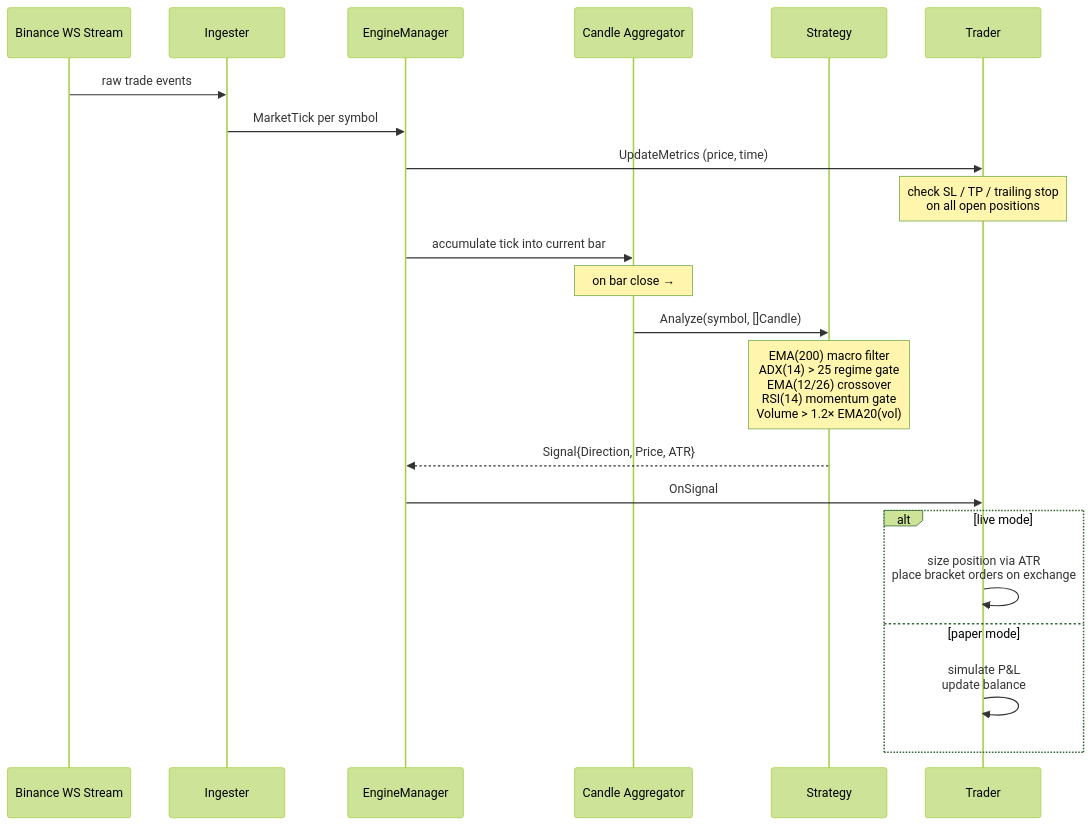
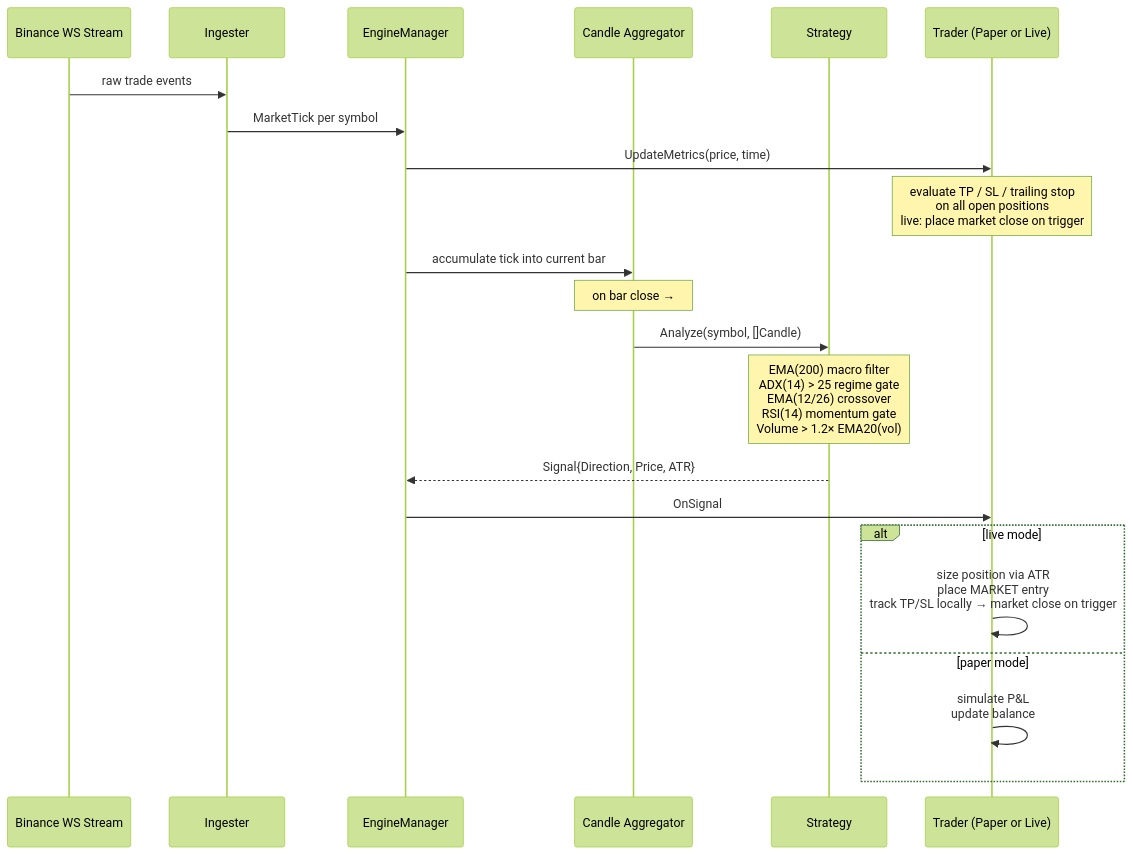
One commit to PapaDaCodr/kryptic-gopha changed the second of 2 diagrams in README.md. Above: the diagram before and after it, drawn with Mermaid (forest theme). The commit also changed other lines of this file and 10 other files, not shown here.

````diff
--- a/README.md
+++ b/README.md
@@ -42,30 +44,30 @@
 ```mermaid
 sequenceDiagram
     participant WS as Binance WS Stream
     participant IN as Ingester
     participant EM as EngineManager
     participant CA as Candle Aggregator
     participant ST as Strategy
-    participant TR as Trader
+    participant TR as Trader (Paper or Live)
 
     WS->>IN: raw trade events
     IN->>EM: MarketTick per symbol
 
-    EM->>TR: UpdateMetrics (price, time)
-    Note over TR: check SL / TP / trailing stop<br/>on all open positions
+    EM->>TR: UpdateMetrics(price, time)
+    Note over TR: evaluate TP / SL / trailing stop<br/>on all open positions<br/>live: place market close on trigger
 
     EM->>CA: accumulate tick into current bar
     Note over CA: on bar close →
 
     CA->>ST: Analyze(symbol, []Candle)
     Note over ST: EMA(200) macro filter<br/>ADX(14) > 25 regime gate<br/>EMA(12/26) crossover<br/>RSI(14) momentum gate<br/>Volume > 1.2× EMA20(vol)
 
     ST-->>EM: Signal{Direction, Price, ATR}
     EM->>TR: OnSignal
 
     alt live mode
-        TR->>TR: size position via ATR<br/>place bracket orders on exchange
+        TR->>TR: size position via ATR<br/>place MARKET entry<br/>track TP/SL locally → market close on trigger
     else paper mode
         TR->>TR: simulate P&L<br/>update balance
     end
 ```
````
